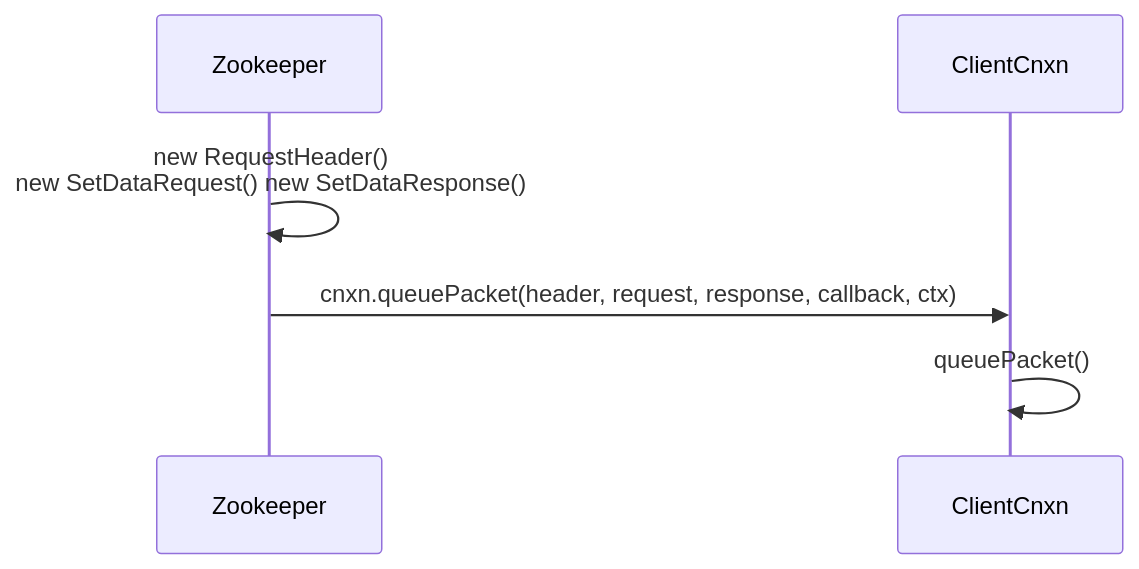
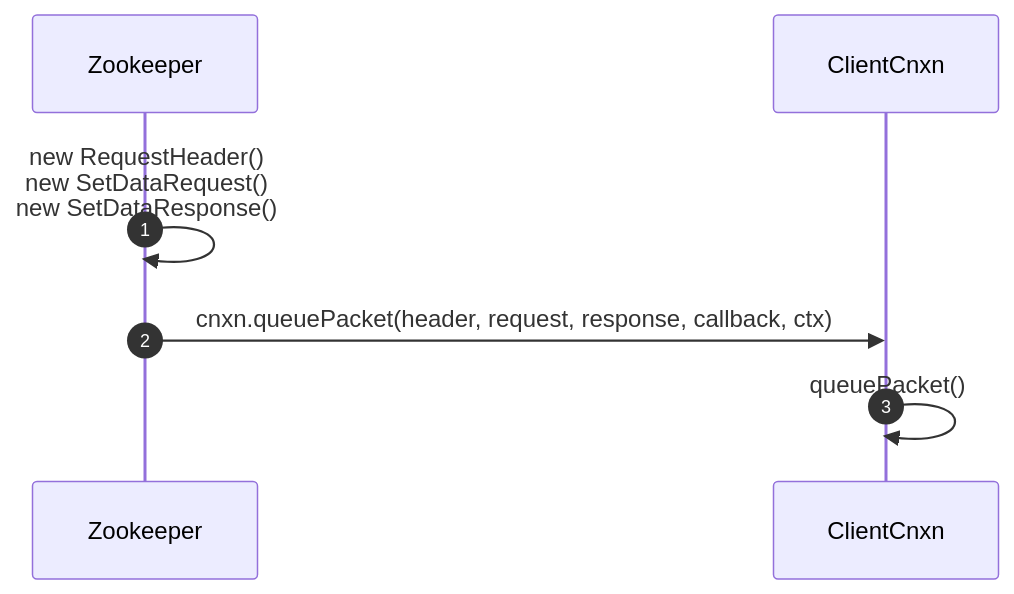
The second of 9 diagrams in work-2-02/分析 Zookeeper 设置数据操作(SetData) 的处理流程.md (liqi19950722/Work), drawn with Mermaid before and after one commit. The commit also changed other lines of this file, not shown here.

Commit message:
Zookeeper Server SetData

````diff
--- a/work-2-02/分析 Zookeeper 设置数据操作(SetData) 的处理流程.md
+++ b/work-2-02/分析 Zookeeper 设置数据操作(SetData) 的处理流程.md
@@ -62,8 +61,7 @@
 ```mermaid
 sequenceDiagram
-
-Zookeeper ->> Zookeeper: new RequestHeader()<br/> new SetDataRequest() new SetDataResponse();
-Zookeeper ->> ClientCnxn: cnxn.queuePacket(header, request, response, callback, ctx)
-ClientCnxn ->> ClientCnxn: queuePacket(); 
-
+    autonumber
+    Zookeeper ->> Zookeeper: new RequestHeader()<br/> new SetDataRequest()<br/> new SetDataResponse();
+    Zookeeper ->> ClientCnxn: cnxn.queuePacket(header, request, response, callback, ctx)
+    ClientCnxn ->> ClientCnxn: queuePacket(); 
 ```
````
